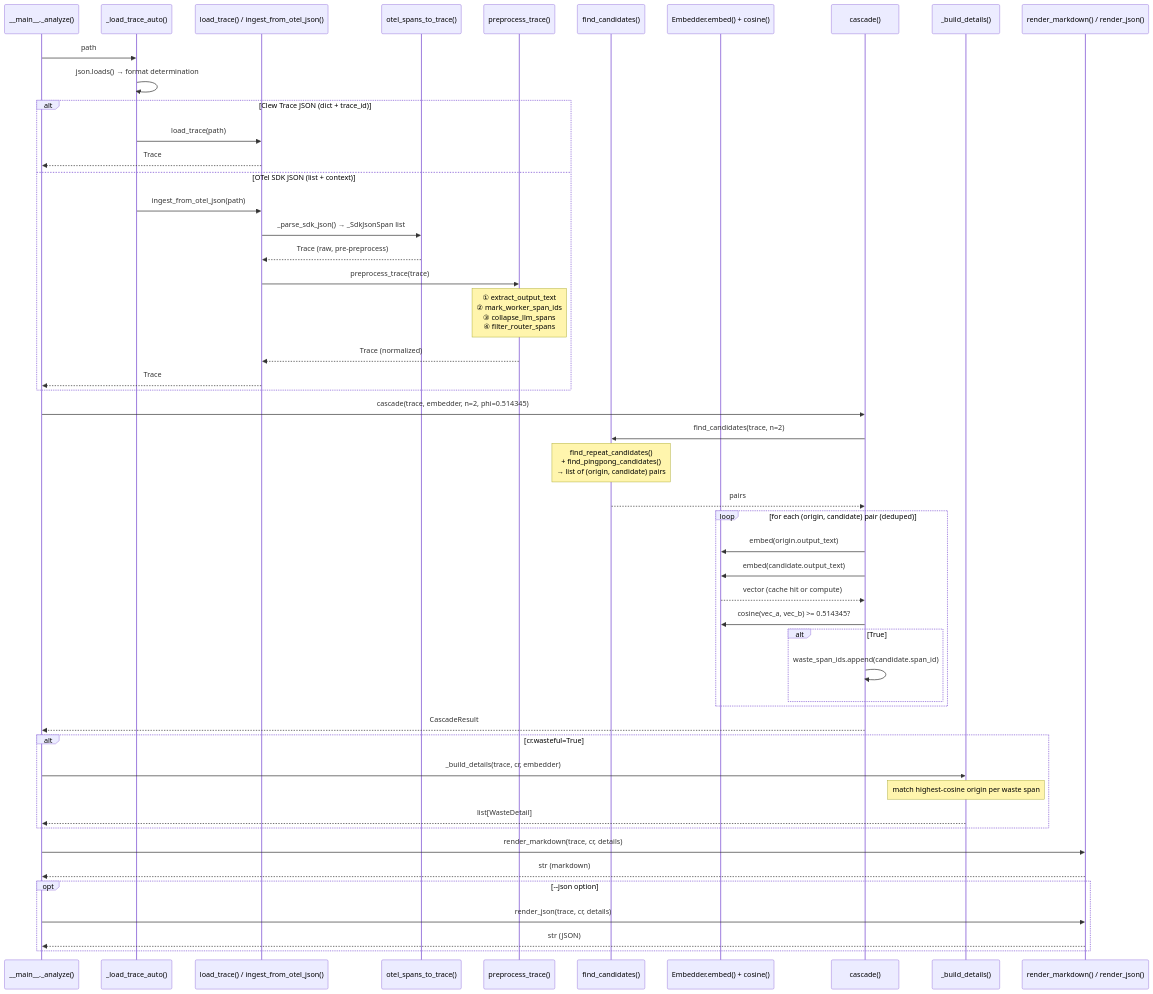
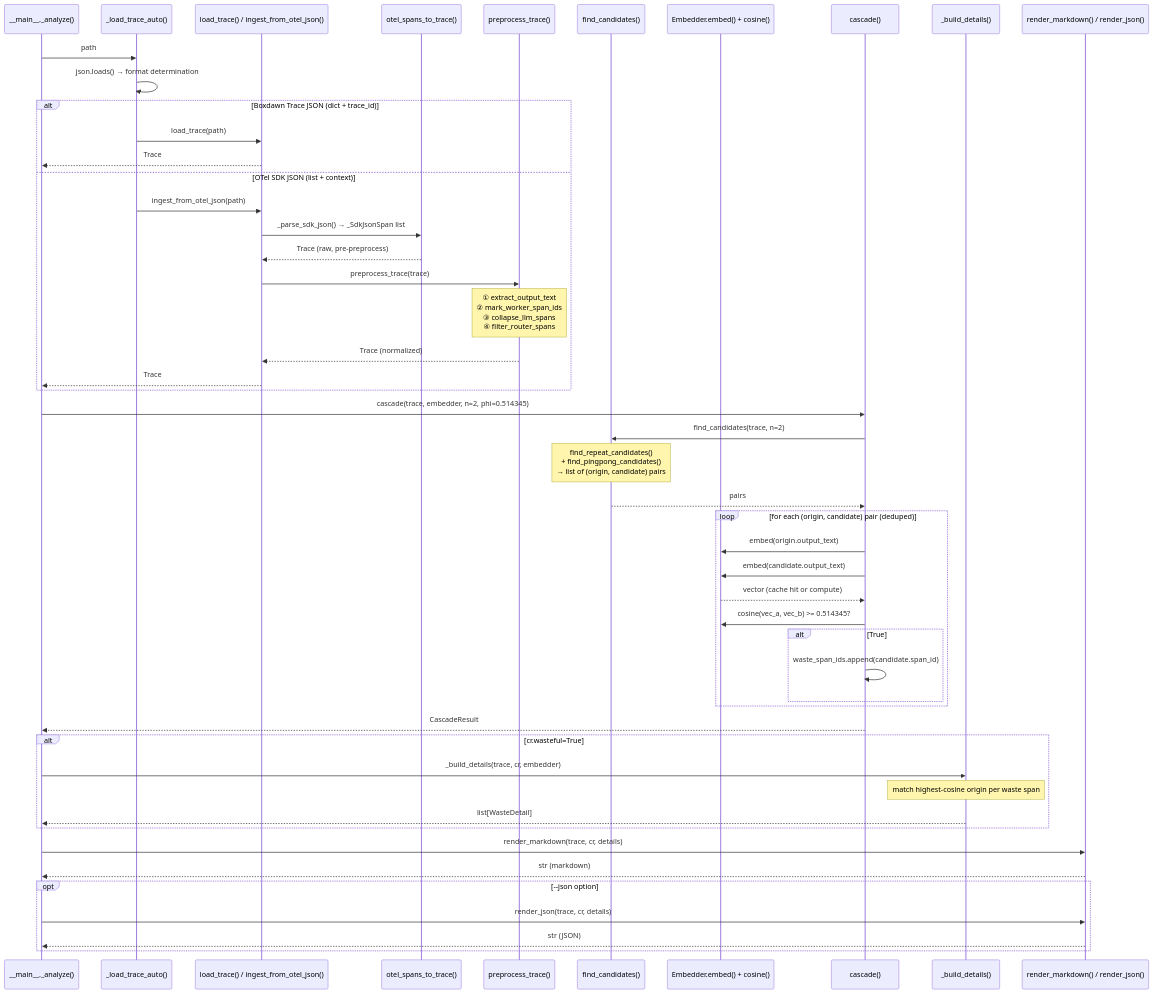
Before and after one commit to JEONSEWON/Clew-by-Custos: the second of 2 diagrams in docs/ARCHITECTURE.md, drawn with Mermaid. The commit also changed other lines of this file and 16 other files, not shown here.

````diff
--- a/docs/ARCHITECTURE.md
+++ b/docs/ARCHITECTURE.md
@@ -692,57 +692,57 @@
 ```mermaid
 sequenceDiagram
     participant CLI as __main__._analyze()
     participant Load as _load_trace_auto()
     participant IO as load_trace() / ingest_from_otel_json()
     participant OTel as otel_spans_to_trace()
     participant Pre as preprocess_trace()
     participant Struct as find_candidates()
     participant Sem as Embedder.embed() + cosine()
     participant Cas as cascade()
     participant Det as _build_details()
     participant Rep as render_markdown() / render_json()
 
     CLI->>Load: path
     Load->>Load: json.loads() → format determination
-    alt Clew Trace JSON (dict + trace_id)
+    alt Boxdawn Trace JSON (dict + trace_id)
         Load->>IO: load_trace(path)
         IO-->>CLI: Trace
     else OTel SDK JSON (list + context)
         Load->>IO: ingest_from_otel_json(path)
         IO->>OTel: _parse_sdk_json() → _SdkJsonSpan list
         OTel-->>IO: Trace (raw, pre-preprocess)
         IO->>Pre: preprocess_trace(trace)
         Note over Pre: ① extract_output_text<br/>② mark_worker_span_ids<br/>③ collapse_llm_spans<br/>④ filter_router_spans
         Pre-->>IO: Trace (normalized)
         IO-->>CLI: Trace
     end
 
     CLI->>Cas: cascade(trace, embedder, n=2, phi=0.514345)
     Cas->>Struct: find_candidates(trace, n=2)
     Note over Struct: find_repeat_candidates()<br/>+ find_pingpong_candidates()<br/>→ list of (origin, candidate) pairs
     Struct-->>Cas: pairs
 
     loop for each (origin, candidate) pair (deduped)
         Cas->>Sem: embed(origin.output_text)
         Cas->>Sem: embed(candidate.output_text)
         Sem-->>Cas: vector (cache hit or compute)
         Cas->>Sem: cosine(vec_a, vec_b) >= 0.514345?
         alt True
             Cas->>Cas: waste_span_ids.append(candidate.span_id)
         end
     end
     Cas-->>CLI: CascadeResult
 
     alt cr.wasteful=True
         CLI->>Det: _build_details(trace, cr, embedder)
         Note over Det: match highest-cosine origin per waste span
         Det-->>CLI: list[WasteDetail]
     end
 
     CLI->>Rep: render_markdown(trace, cr, details)
     Rep-->>CLI: str (markdown)
     opt --json option
         CLI->>Rep: render_json(trace, cr, details)
         Rep-->>CLI: str (JSON)
     end
 ```
````
